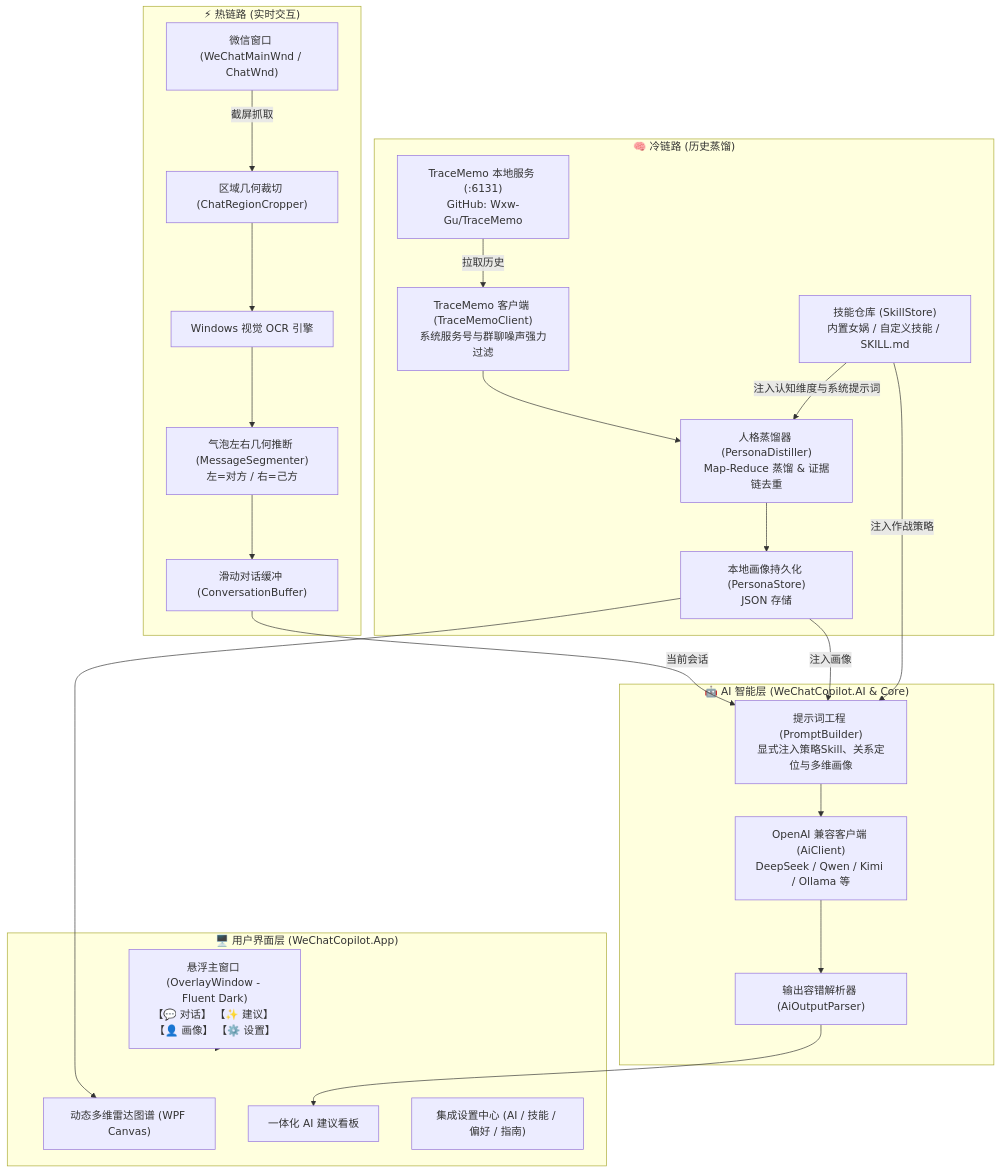
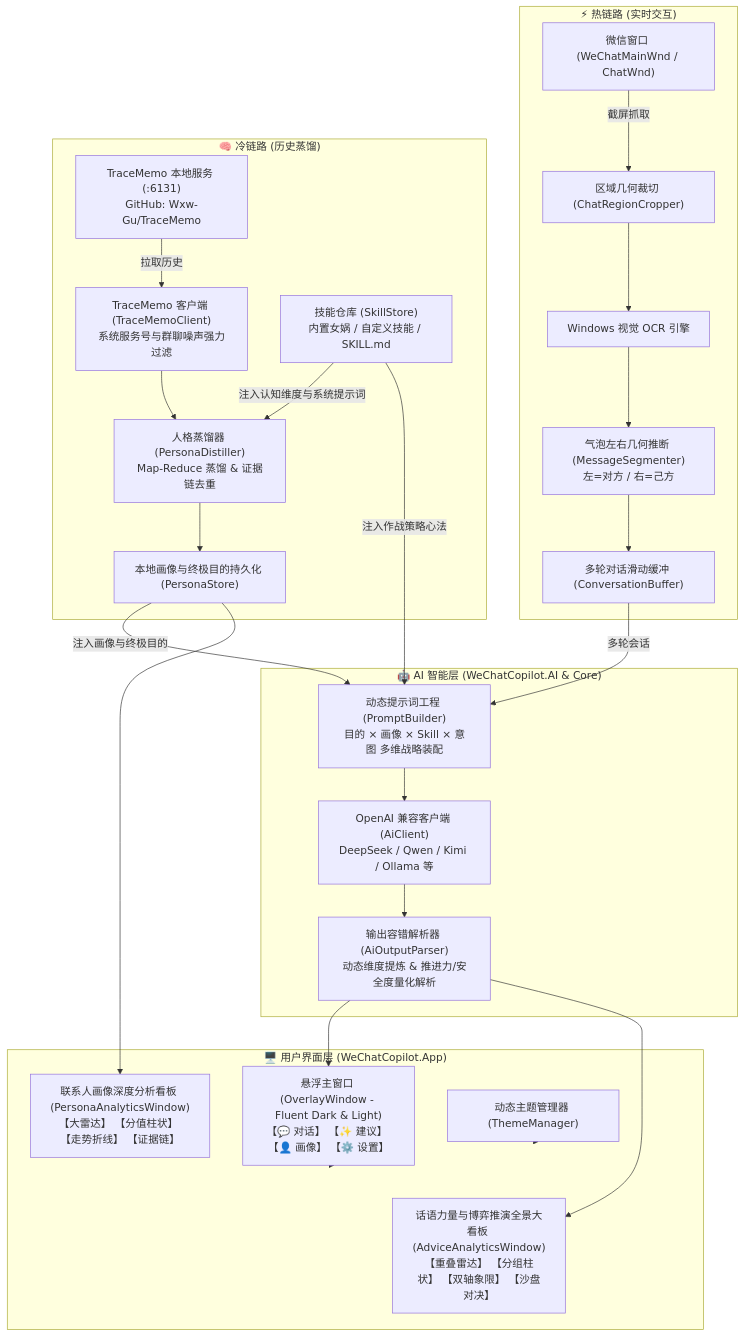
One commit to jiang225638/wechat-assistant changed the diagram in README.md. Above: the diagram before and after it, drawn with Mermaid. The commit also changed other lines of this file, not shown here.

````diff
--- a/README.md
+++ b/README.md
@@ -79,43 +91,45 @@
 ```mermaid
 flowchart TD
     subgraph UI["🖥️ 用户界面层 (WeChatCopilot.App)"]
-        Overlay["悬浮主窗口 (OverlayWindow - Fluent Dark)\n【💬 对话】 【✨ 建议】 【👤 画像】 【⚙️ 设置】"]
-        RadarView["动态多维雷达图谱 (WPF Canvas)"]
-        UnifiedAdviceView["一体化 AI 建议看板"]
-        SettingsView["集成设置中心 (AI / 技能 / 偏好 / 指南)"]
+        Overlay["悬浮主窗口 (OverlayWindow - Fluent Dark & Light)\n【💬 对话】 【✨ 建议】 【👤 画像】 【⚙️ 设置】"]
+        AdviceAnalytics["话语力量与博弈推演全景大看板 (AdviceAnalyticsWindow)\n【重叠雷达】 【分组柱状】 【双轴象限】 【沙盘对决】"]
+        PersonaAnalytics["联系人画像深度分析看板 (PersonaAnalyticsWindow)\n【大雷达】 【分值柱状】 【走势折线】 【证据链】"]
+        Theme["动态主题管理器 (ThemeManager)"]
     end
 
     subgraph HotLink["⚡ 热链路 (实时交互)"]
         WeChatWin["微信窗口 (WeChatMainWnd / ChatWnd)"]
         Cropper["区域几何裁切 (ChatRegionCropper)"]
         WinRTOCR["Windows 视觉 OCR 引擎"]
         Segmenter["气泡左右几何推断 (MessageSegmenter)\n左=对方 / 右=己方"]
-        ConvBuffer["滑动对话缓冲 (ConversationBuffer)"]
+        ConvBuffer["多轮对话滑动缓冲 (ConversationBuffer)"]
     end
 
     subgraph ColdLink["🧠 冷链路 (历史蒸馏)"]
         TraceMemoAPI["TraceMemo 本地服务 (:6131)\nGitHub: Wxw-Gu/TraceMemo"]
         TMClient["TraceMemo 客户端 (TraceMemoClient)\n系统服务号与群聊噪声强力过滤"]
         SkillStore["技能仓库 (SkillStore)\n内置女娲 / 自定义技能 / SKILL.md"]
         Distiller["人格蒸馏器 (PersonaDistiller)\nMap-Reduce 蒸馏 & 证据链去重"]
-        PersonaStore["本地画像持久化 (PersonaStore)\nJSON 存储"]
+        PersonaStore["本地画像与终极目的持久化 (PersonaStore)"]
     end
 
     subgraph AI["🤖 AI 智能层 (WeChatCopilot.AI & Core)"]
-        Prompt["提示词工程 (PromptBuilder)\n显式注入策略Skill、关系定位与多维画像"]
+        Prompt["动态提示词工程 (PromptBuilder)\n目的 × 画像 × Skill × 意图 多维战略装配"]
         Client["OpenAI 兼容客户端 (AiClient)\nDeepSeek / Qwen / Kimi / Ollama 等"]
-        Parser["输出容错解析器 (AiOutputParser)"]
+        Parser["输出容错解析器 (AiOutputParser)\n动态维度提炼 & 推进力/安全度量化解析"]
     end
 
     WeChatWin -->|截屏抓取| Cropper --> WinRTOCR --> Segmenter --> ConvBuffer
     TraceMemoAPI -->|拉取历史| TMClient --> Distiller
     SkillStore -->|注入认知维度与系统提示词| Distiller
     Distiller --> PersonaStore
     
-    ConvBuffer -->|当前会话| Prompt
-    PersonaStore -->|注入画像| Prompt
-    SkillStore -->|注入作战策略| Prompt
-    Prompt --> Client --> Parser --> UnifiedAdviceView
-    PersonaStore --> RadarView
+    ConvBuffer -->|多轮会话| Prompt
+    PersonaStore -->|注入画像与终极目的| Prompt
+    SkillStore -->|注入作战策略心法| Prompt
+    Prompt --> Client --> Parser --> Overlay
+    Parser --> AdviceAnalytics
+    PersonaStore --> PersonaAnalytics
     Overlay --> UI
+    Theme --> UI
 ```
````
